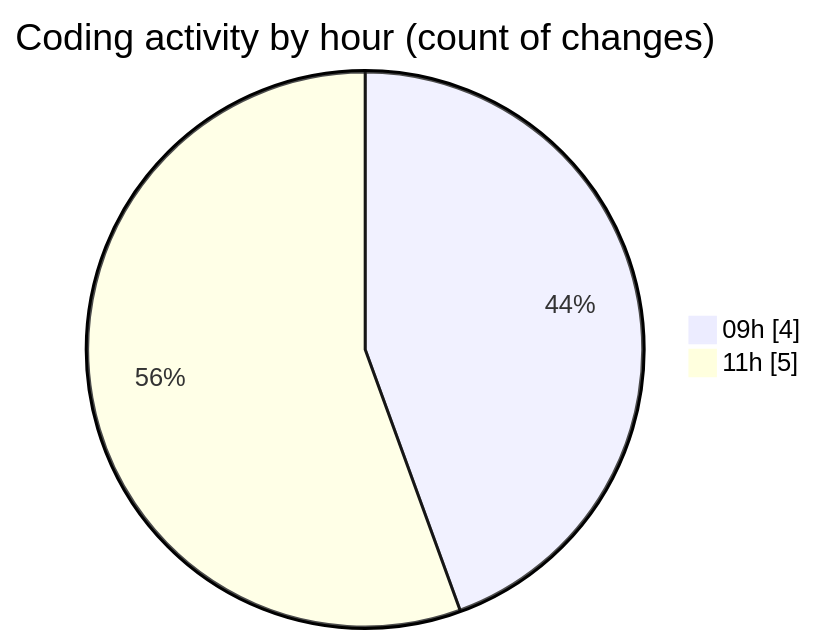
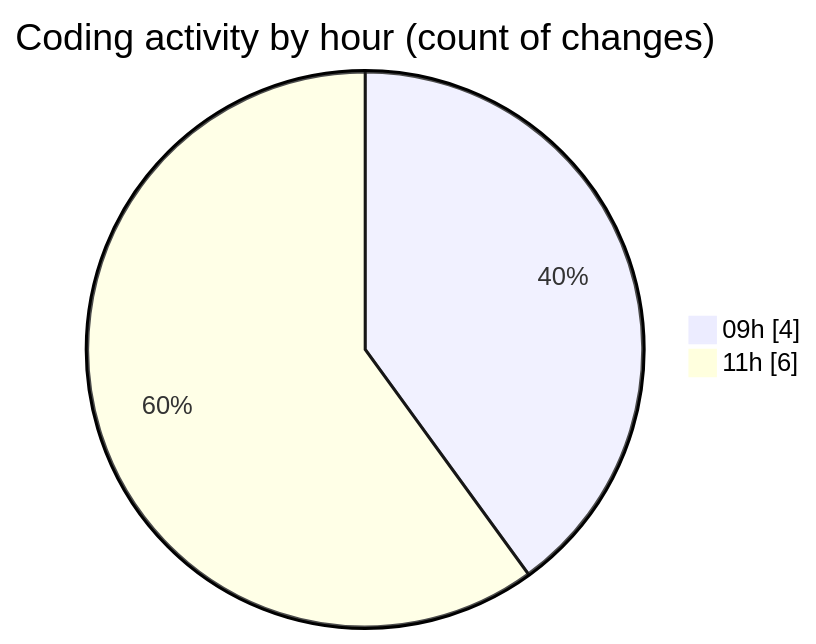
Before and after one commit to ricardozamudiocil/code-tracking: the second of 2 diagrams in 2026-02-24/cilapp/README.md, drawn with Mermaid. The commit also changed other lines of this file and 1 other file, not shown here.

````diff
--- a/2026-02-24/cilapp/README.md
+++ b/2026-02-24/cilapp/README.md
@@ -30,6 +32,6 @@
 ```mermaid
 pie showData
 title Coding activity by hour (count of changes)
 "09h" : 4
-"11h" : 5
+"11h" : 6
 ```
````
